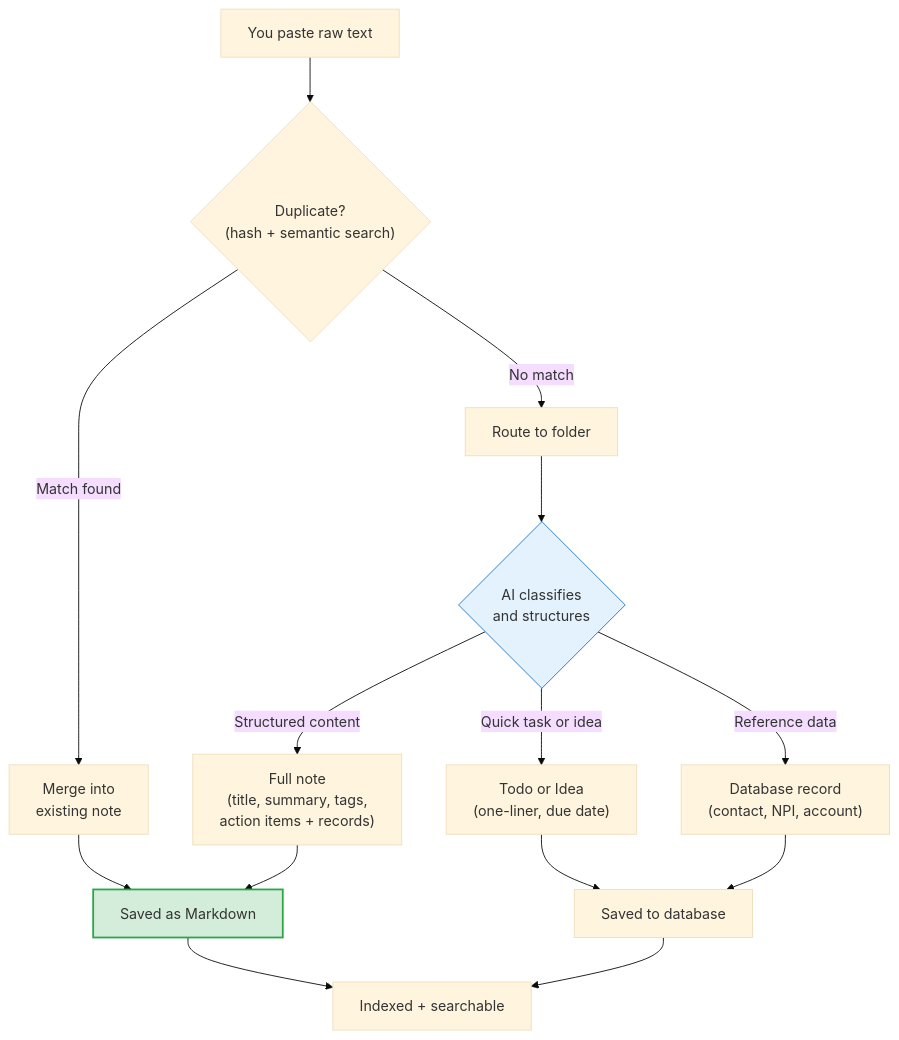
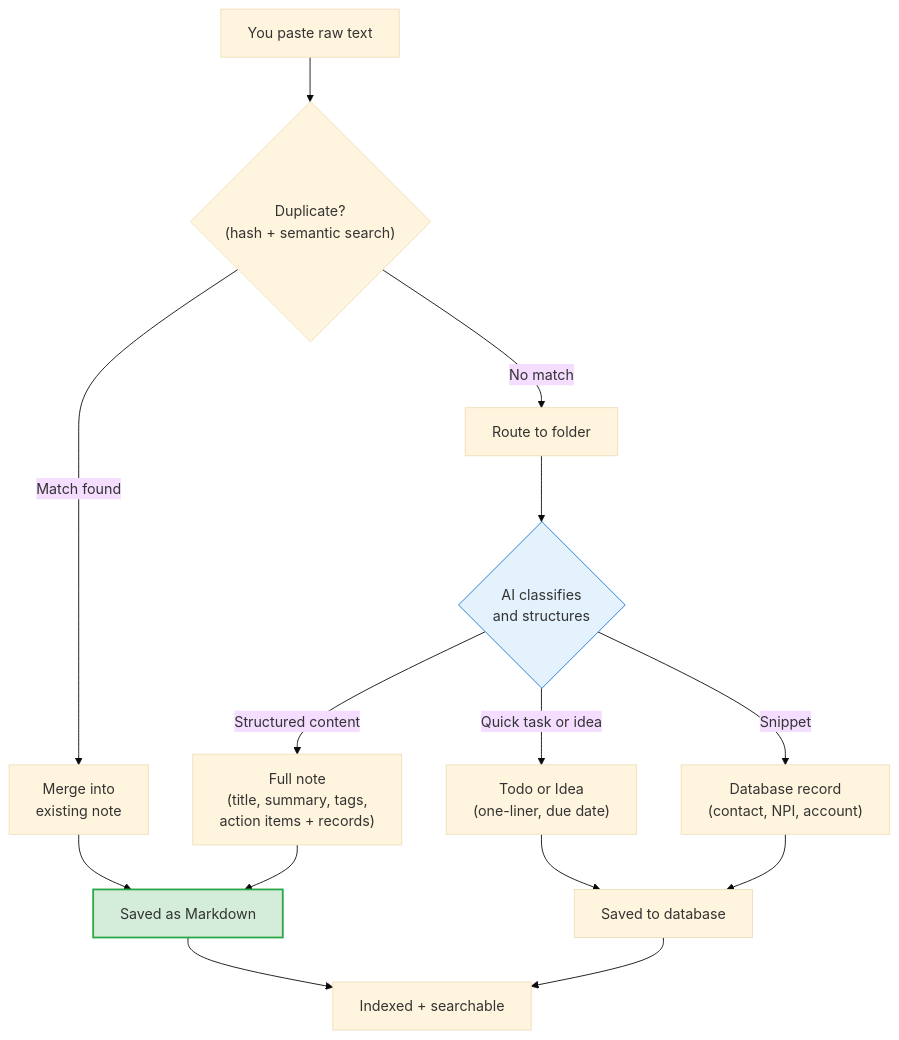
Before and after one commit to chloeliu/notely: the first of 2 diagrams in README.md, drawn with Mermaid (base theme).

Commit message:
Rename 'Reference data' to 'Snippet' in pipeline chart

````diff
--- a/README.md
+++ b/README.md
@@ -180,19 +180,19 @@
 ```mermaid
 flowchart TD
     A["You paste raw text"] --> B{"Duplicate?<br/>(hash + semantic search)"}
     B -->|"Match found"| C["Merge into<br/>existing note"]
     B -->|"No match"| D["Route to folder"]
     D --> E{"AI classifies<br/>and structures"}
     E -->|"Structured content"| F["Full note<br/>(title, summary, tags,<br/>action items + records)"]
     E -->|"Quick task or idea"| G["Todo or Idea<br/>(one-liner, due date)"]
-    E -->|"Reference data"| H["Database record<br/>(contact, NPI, account)"]
+    E -->|"Snippet"| H["Database record<br/>(contact, NPI, account)"]
     C --> I["Saved as Markdown"]
     F --> I
     G --> J["Saved to database"]
     H --> J
     I --> K["Indexed + searchable"]
     J --> K
 
     style E fill:#e3f2fd,stroke:#1976d2
     style I fill:#d4edda,stroke:#28a745,stroke-width:2px
 ```
````
